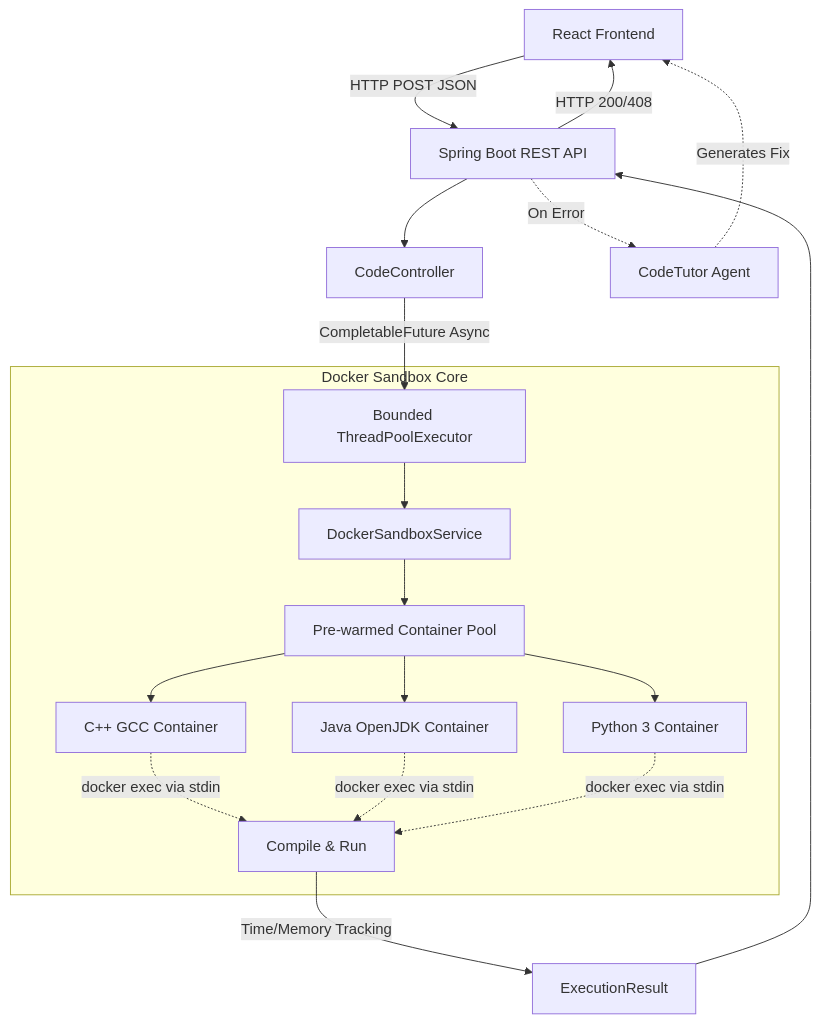
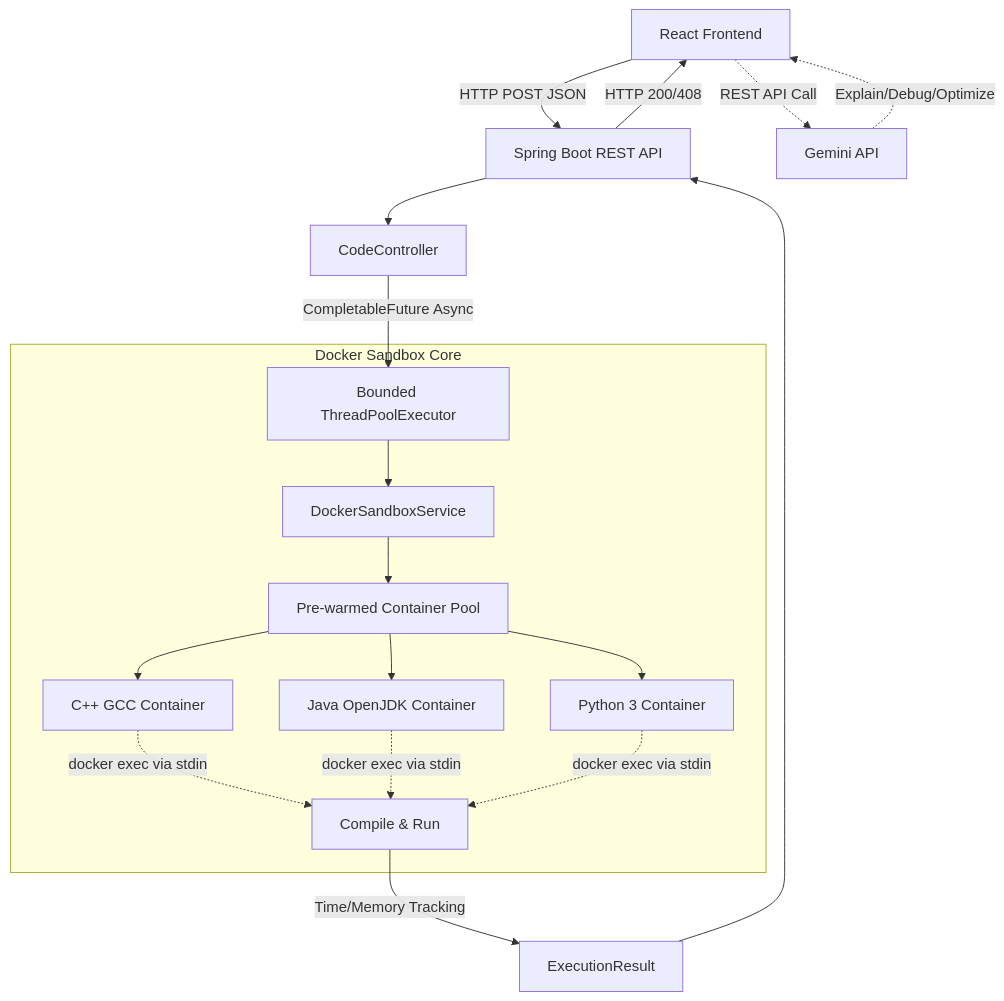
One commit to anshullakra007/ai-integration-in-code-engine changed the diagram in README.md. Above: the diagram before and after it, drawn with Mermaid. The commit also changed other lines of this file and 17 other files, not shown here.

Commit message:
refactor: simplify AI integration for clean architecture

````diff
--- a/README.md
+++ b/README.md
@@ -33,26 +36,26 @@
 ```mermaid
 graph TD
     Client[React Frontend] -->|HTTP POST JSON| API[Spring Boot REST API]
     API --> Controller[CodeController]
     Controller -->|CompletableFuture Async| ThreadPool[Bounded ThreadPoolExecutor]
     
     subgraph "Docker Sandbox Core"
         ThreadPool --> Service[DockerSandboxService]
         Service --> Pool[Pre-warmed Container Pool]
         
         Pool --> Cpp[C++ GCC Container]
         Pool --> Java[Java OpenJDK Container]
         Pool --> Python[Python 3 Container]
         
         Cpp -.->|docker exec via stdin| CompileRun[Compile & Run]
         Java -.->|docker exec via stdin| CompileRun
         Python -.->|docker exec via stdin| CompileRun
     end
     
     CompileRun -->|Time/Memory Tracking| Result[ExecutionResult]
     Result --> API
     API -->|HTTP 200/408| Client
     
-    API -.->|On Error| AIAgent[CodeTutor Agent]
-    AIAgent -.->|Generates Fix| Client
+    Client -.->|REST API Call| Gemini[Gemini API]
+    Gemini -.->|Explain/Debug/Optimize| Client
 ```
````
